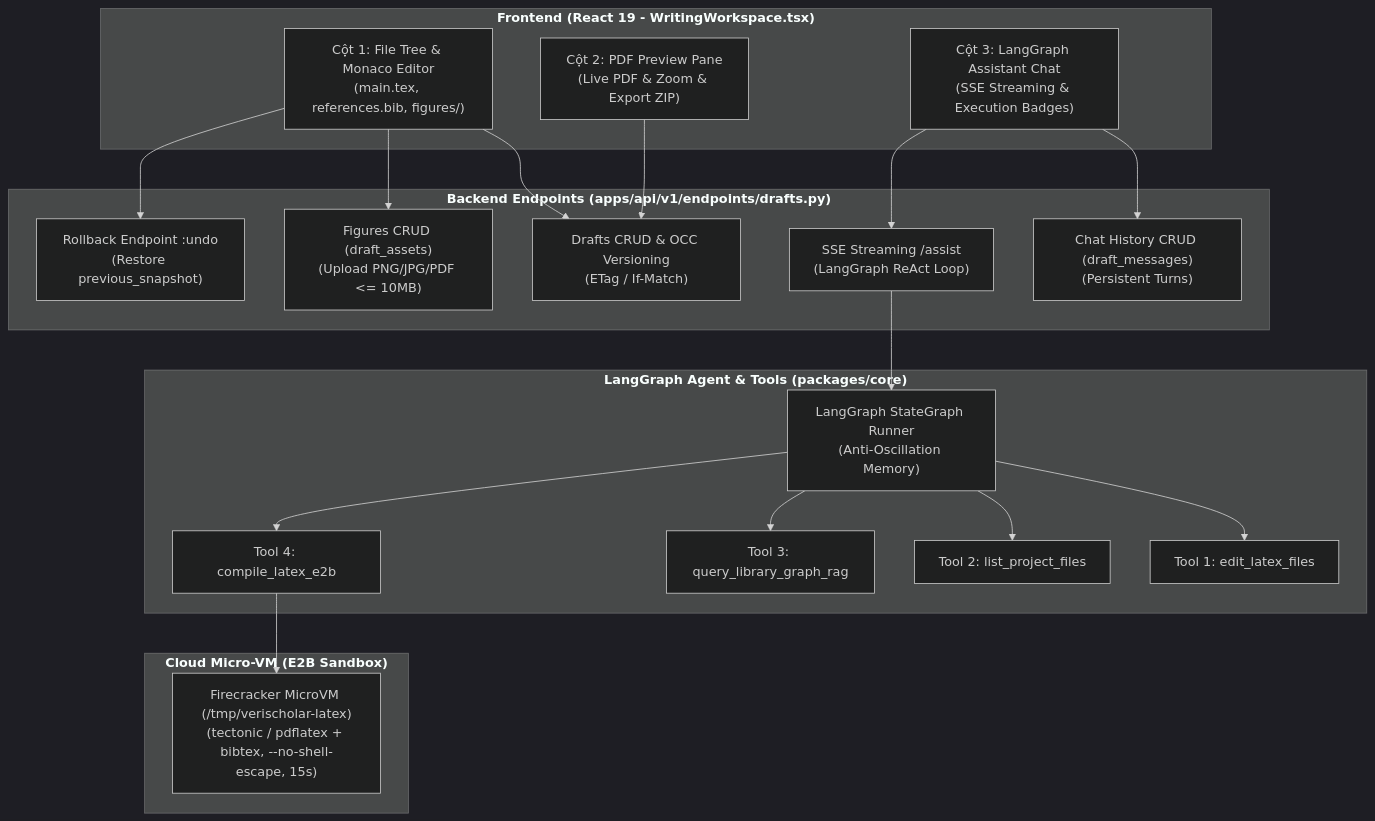
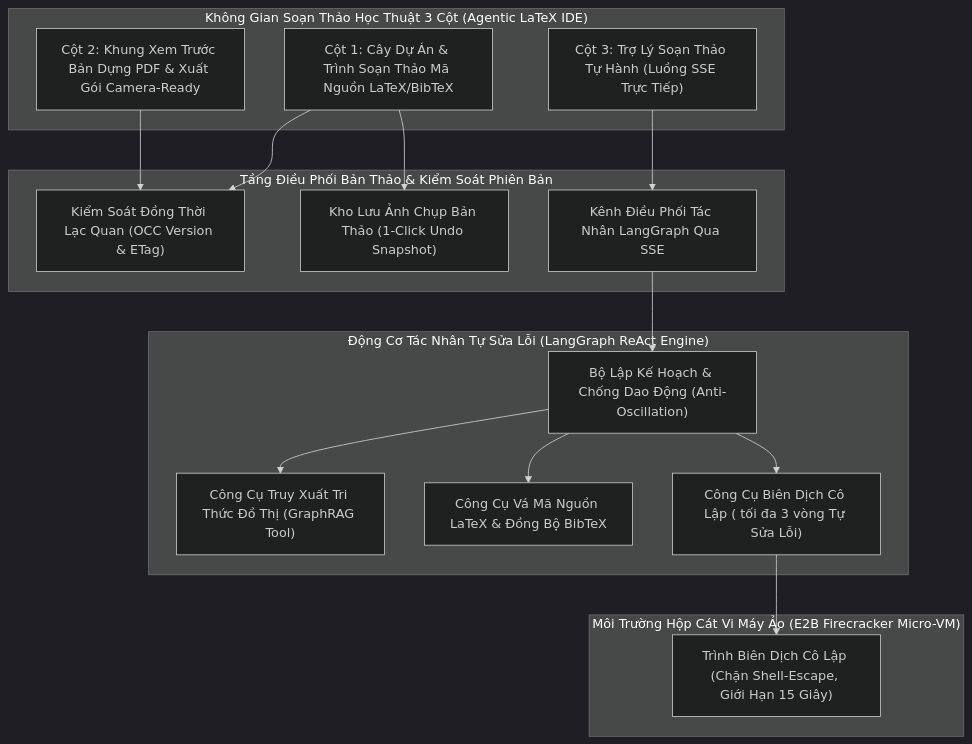
The first of 3 diagrams in docs/specs/06-agentic-overleaf-writing-spec.md (dammanhdungvn/VeriScholar), drawn with Mermaid (dark theme) before and after one commit. The commit also changed other lines of this file and 21 other files, not shown here.

Commit message:
docs(diagrams): upgrade PRD and Spec Mermaid diagrams to paper-grade conceptual and UML standard

````diff
--- a/docs/specs/06-agentic-overleaf-writing-spec.md
+++ b/docs/specs/06-agentic-overleaf-writing-spec.md
@@ -48,42 +48,35 @@
 ```mermaid
 flowchart TD
-    subgraph Client ["<b>Frontend (React 19 - WritingWorkspace.tsx)</b>"]
-        Col1["Cột 1: File Tree & Monaco Editor<br/>(main.tex, references.bib, figures/)"]
-        Col2["Cột 2: PDF Preview Pane<br/>(Live PDF & Zoom & Export ZIP)"]
-        Col3["Cột 3: LangGraph Assistant Chat<br/>(SSE Streaming & Execution Badges)"]
+    subgraph StudioUI ["Không Gian Soạn Thảo Học Thuật 3 Cột (Agentic LaTeX IDE)"]
+        EditorPane["Cột 1: Cây Dự Án & Trình Soạn Thảo Mã Nguồn LaTeX/BibTeX"]
+        PreviewPane["Cột 2: Khung Xem Trước Bản Dựng PDF & Xuất Gói Camera-Ready"]
+        AssistantPane["Cột 3: Trợ Lý Soạn Thảo Tự Hành (Luồng SSE Trực Tiếp)"]
     end
 
-    subgraph API ["<b>Backend Endpoints (apps/api/v1/endpoints/drafts.py)</b>"]
-        DraftCRUD["Drafts CRUD & OCC Versioning<br/>(ETag / If-Match)"]
-        AssetsCRUD["Figures CRUD (draft_assets)<br/>(Upload PNG/JPG/PDF <= 10MB)"]
-        MessagesCRUD["Chat History CRUD (draft_messages)<br/>(Persistent Turns)"]
-        AssistStream["SSE Streaming /assist<br/>(LangGraph ReAct Loop)"]
-        UndoAPI["Rollback Endpoint :undo<br/>(Restore previous_snapshot)"]
+    subgraph OrchestrationLayer ["Tầng Điều Phối Bản Thảo & Kiểm Soát Phiên Bản"]
+        OCCGuard["Kiểm Soát Đồng Thời Lạc Quan (OCC Version & ETag)"]
+        SnapshotVault["Kho Lưu Ảnh Chụp Bản Thảo (1-Click Undo Snapshot)"]
+        ReActStream["Kênh Điều Phối Tác Nhân LangGraph Qua SSE"]
     end
 
-    subgraph LangGraphEngine ["<b>LangGraph Agent & Tools (packages/core)</b>"]
-        StateGraph["LangGraph StateGraph Runner<br/>(Anti-Oscillation Memory)"]
-        ToolEdit["Tool 1: edit_latex_files"]
-        ToolList["Tool 2: list_project_files"]
-        ToolGraphRAG["Tool 3: query_library_graph_rag"]
-        ToolCompile["Tool 4: compile_latex_e2b"]
+    subgraph AgentCore ["Động Cơ Tác Nhân Tự Sửa Lỗi (LangGraph ReAct Engine)"]
+        Planner["Bộ Lập Kế Hoạch & Chống Dao Động (Anti-Oscillation)"]
+        GraphTool["Công Cụ Truy Xuất Tri Thức Đồ Thị (GraphRAG Tool)"]
+        PatchTool["Công Cụ Vá Mã Nguồn LaTeX & Đồng Bộ BibTeX"]
+        CompileTool["Công Cụ Biên Dịch Cô Lập ( tối đa 3 vòng Tự Sửa Lỗi)"]
     end
 
-    subgraph Sandbox ["<b>Cloud Micro-VM (E2B Sandbox)</b>"]
-        E2BVM["Firecracker MicroVM (/tmp/verischolar-latex)<br/>(tectonic / pdflatex + bibtex, --no-shell-escape, 15s)"]
+    subgraph CloudSandbox ["Môi Trường Hộp Cát Vi Máy Ảo (E2B Firecracker Micro-VM)"]
+        LatexCompiler["Trình Biên Dịch Cô Lập (Chặn Shell-Escape, Giới Hạn 15 Giây)"]
     end
 
-    Col1 --> DraftCRUD
-    Col1 --> AssetsCRUD
-    Col1 --> UndoAPI
-    Col2 --> DraftCRUD
-    Col3 --> MessagesCRUD
-    Col3 --> AssistStream
-    
-    AssistStream --> StateGraph
-    StateGraph --> ToolEdit
-    StateGraph --> ToolList
-    StateGraph --> ToolGraphRAG
-    StateGraph --> ToolCompile
-    ToolCompile --> E2BVM
+    EditorPane --> OCCGuard
+    EditorPane --> SnapshotVault
+    PreviewPane --> OCCGuard
+    AssistantPane --> ReActStream
+    ReActStream --> Planner
+    Planner --> GraphTool
+    Planner --> PatchTool
+    Planner --> CompileTool
+    CompileTool --> LatexCompiler
 ```
````
